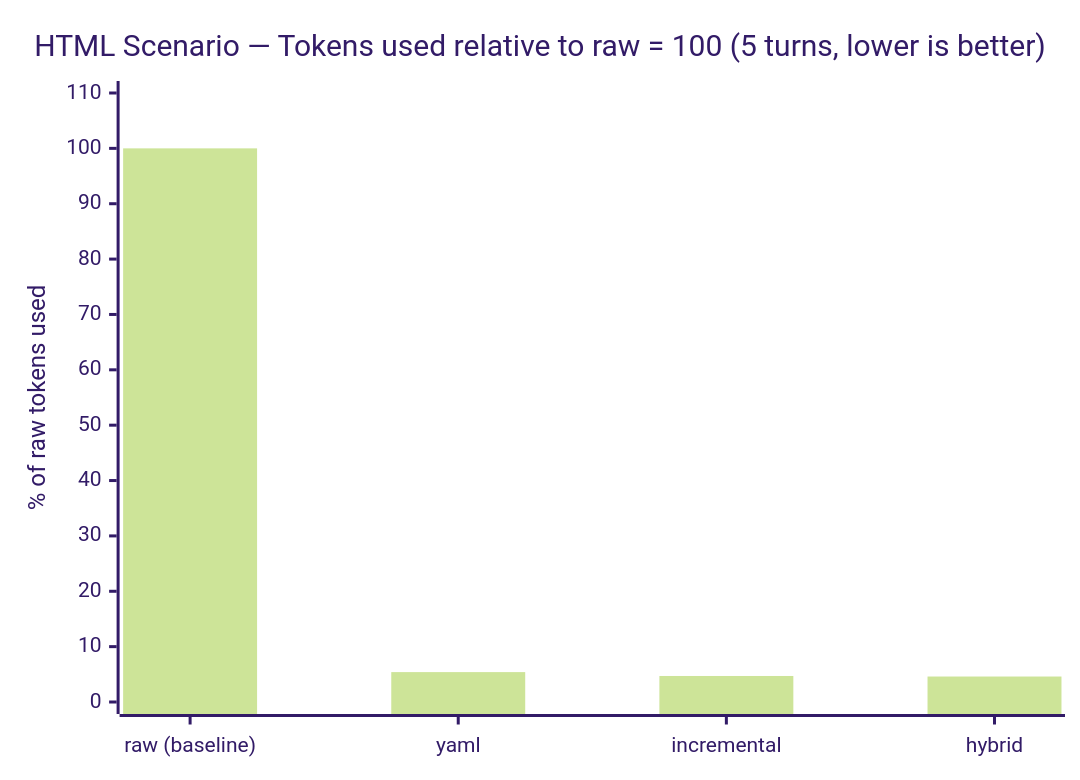
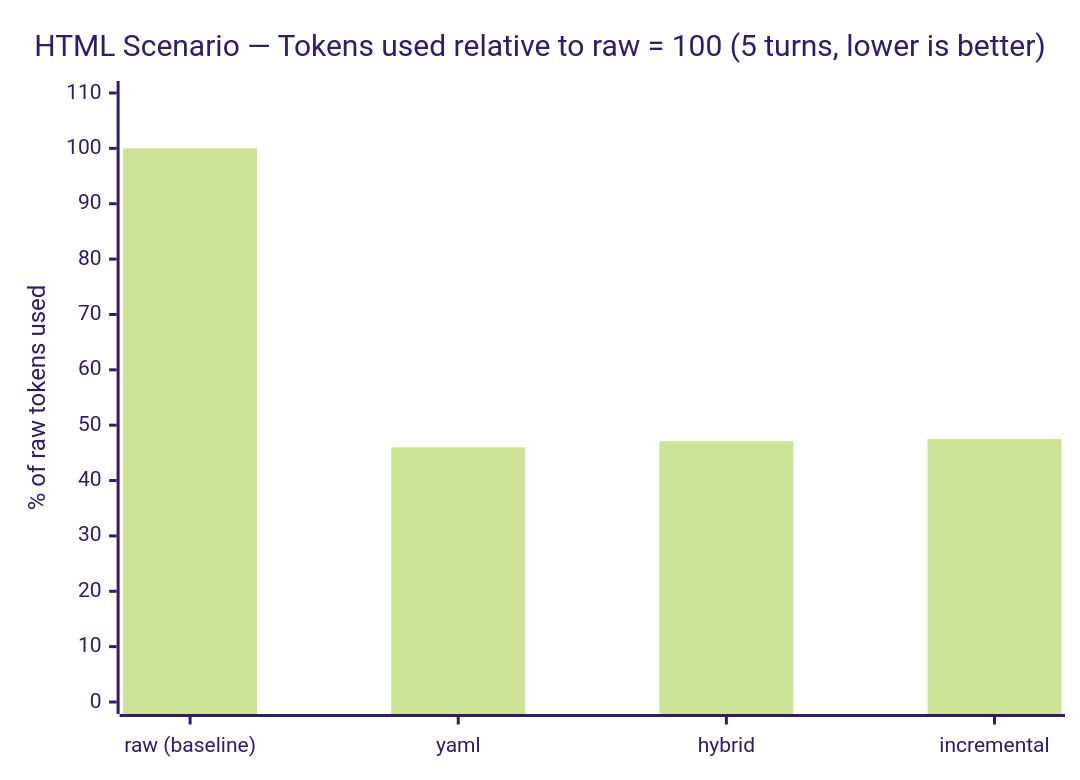
One commit to gincarbone/shapeshifter changed the first of 4 diagrams in README.md. Above: the diagram before and after it, drawn with Mermaid (forest theme). The commit also changed other lines of this file and 15 other files, not shown here.

````diff
--- a/README.md
+++ b/README.md
@@ -278,7 +316,7 @@
 ```mermaid
 xychart-beta
     title "HTML Scenario — Tokens used relative to raw = 100 (5 turns, lower is better)"
-    x-axis ["raw (baseline)", "yaml", "incremental", "hybrid"]
+    x-axis ["raw (baseline)", "yaml", "hybrid", "incremental"]
     y-axis "% of raw tokens used" 0 --> 110
-    bar [100, 5.4, 4.7, 4.6]
+    bar [100, 46.0, 47.1, 47.5]
 ```
````
